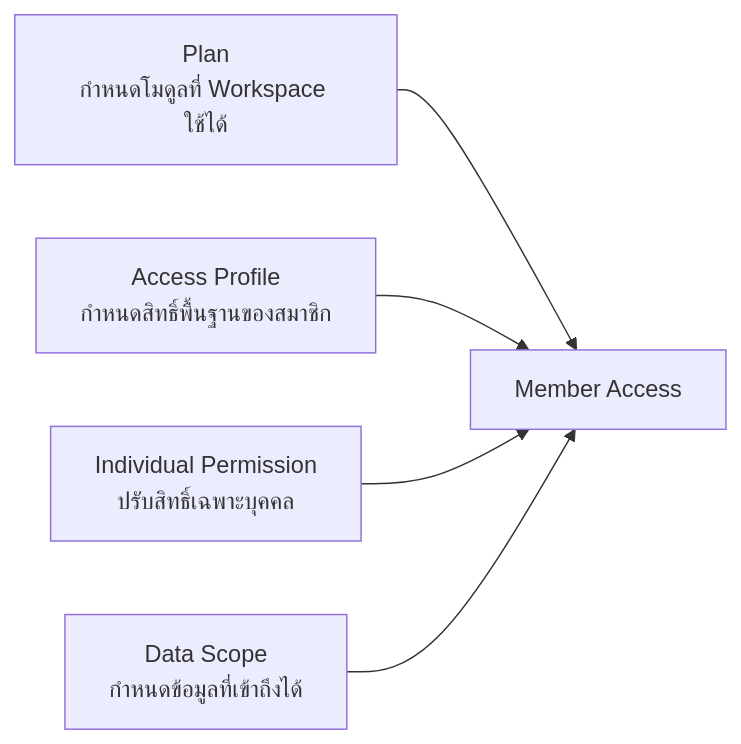
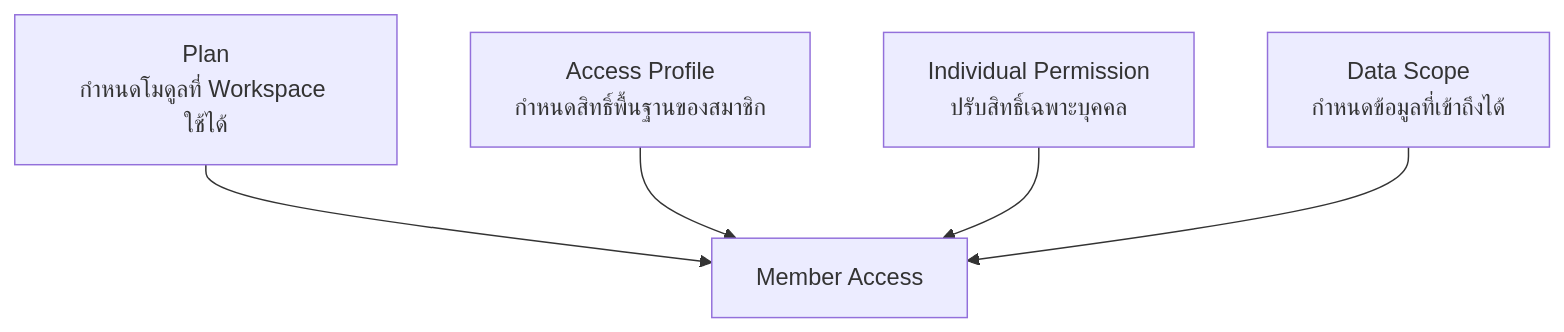
One commit to yukasung/legal_erp_docs changed the diagram in docs/app/docs/roles/page.mdx. Above: the diagram before and after it, drawn with Mermaid. The commit also changed other lines of this file and 22 other files, not shown here.

````diff
--- a/docs/app/docs/roles/page.mdx
+++ b/docs/app/docs/roles/page.mdx
@@ -8,13 +10,13 @@
 ```mermaid
-flowchart LR
+flowchart TB
   Plan["Plan<br/>กำหนดโมดูลที่ Workspace ใช้ได้"]
   Profile["Access Profile<br/>กำหนดสิทธิ์พื้นฐานของสมาชิก"]
   Permission["Individual Permission<br/>ปรับสิทธิ์เฉพาะบุคคล"]
   Scope["Data Scope<br/>กำหนดข้อมูลที่เข้าถึงได้"]
   Access["Member Access"]
 
   Plan --> Access
   Profile --> Access
   Permission --> Access
   Scope --> Access
 ```
````
